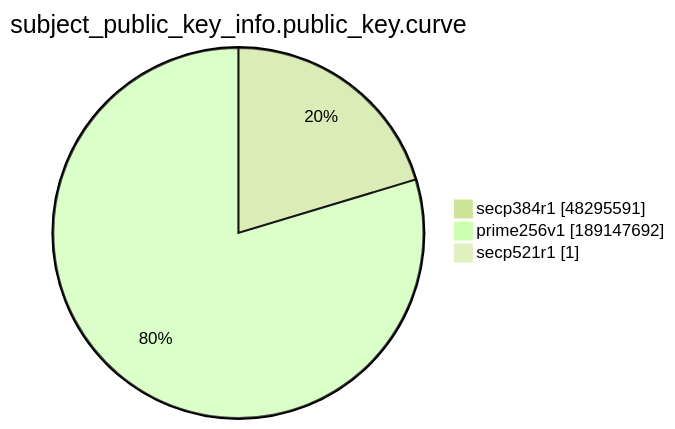
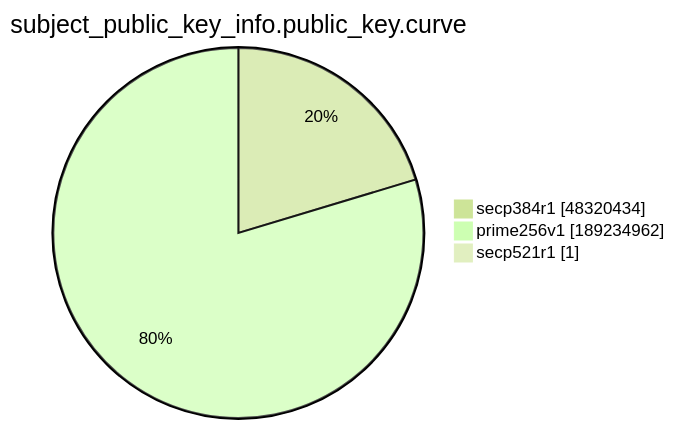
The ninth of 15 diagrams in xenon2022/README.md (christiankrug/ctmonitor_visualization), drawn with Mermaid (forest theme) before and after one commit. The commit also changed other lines of this file, not shown here.

````diff
--- a/xenon2022/README.md
+++ b/xenon2022/README.md
@@ -2874,7 +2874,7 @@
 ```mermaid
 pie showData
 title subject_public_key_info.public_key.curve
-"secp384r1" :48295591
-"prime256v1" :189147692
+"secp384r1" :48320434
+"prime256v1" :189234962
 "secp521r1" :1
 ```
````
